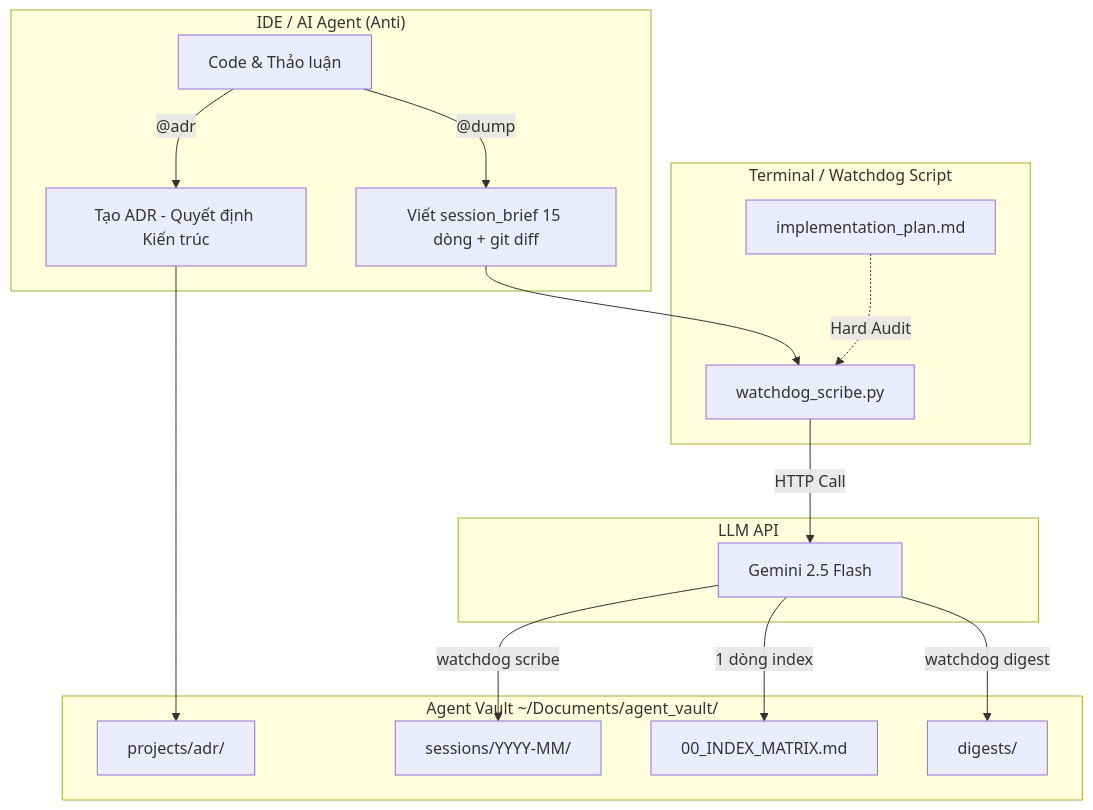
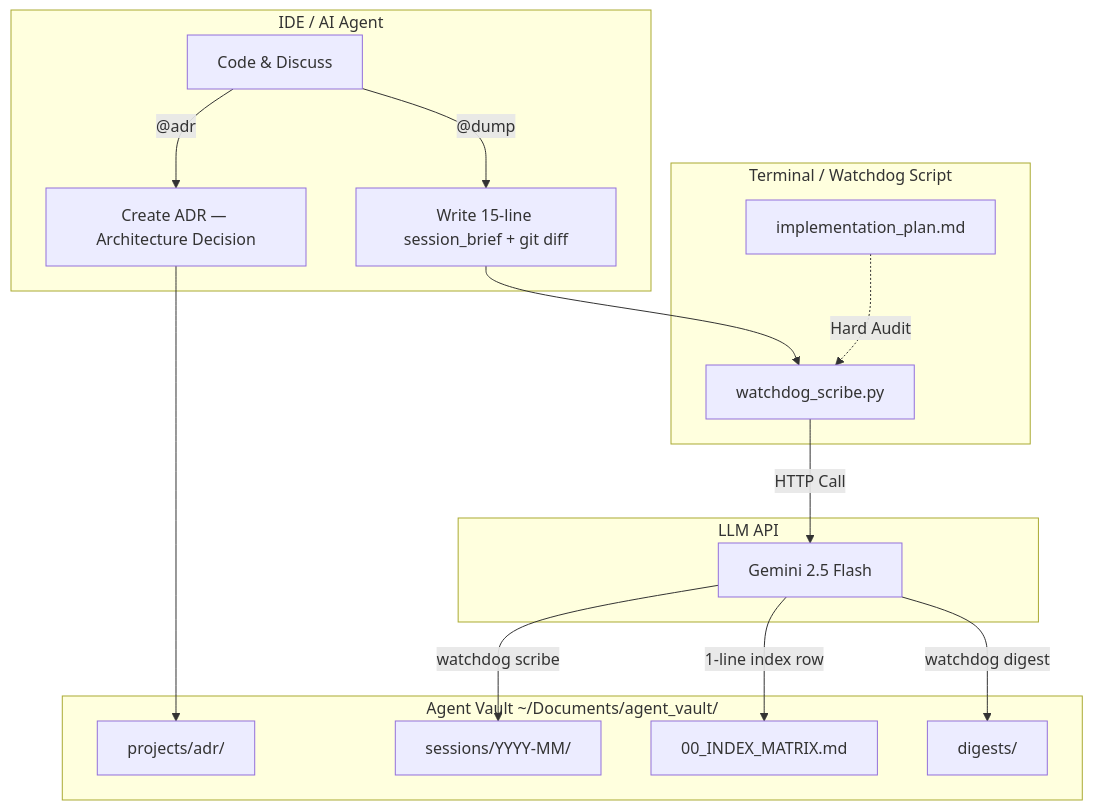
Before and after one commit to Dempty-glitch/shadow-scribe: the diagram in README.md, drawn with Mermaid. The commit also changed other lines of this file and 13 other files, not shown here.

Commit message:
docs(i18n): translate public docs to English (README, ROADMAP, GUIDE, ADRs, setup.sh)

````diff
--- a/README.md
+++ b/README.md
@@ -45,23 +50,23 @@
 ```mermaid
 graph TD
-    subgraph IDE ["IDE / AI Agent (Anti)"]
-        A["Code & Thảo luận"] -- "@adr" --> B["Tạo ADR - Quyết định Kiến trúc"]
-        A -- "@dump" --> C["Viết session_brief 15 dòng + git diff"]
+    subgraph IDE ["IDE / AI Agent"]
+        A["Code & Discuss"] -- "@adr" --> B["Create ADR — Architecture Decision"]
+        A -- "@dump" --> C["Write 15-line session_brief + git diff"]
     end
 
     subgraph OS ["Terminal / Watchdog Script"]
         C --> D["watchdog_scribe.py"]
         Plan["implementation_plan.md"] -. "Hard Audit" .-> D
     end
 
     subgraph Cloud ["LLM API"]
         D -- "HTTP Call" --> E["Gemini 2.5 Flash"]
     end
 
     subgraph Vault ["Agent Vault ~/Documents/agent_vault/"]
         B --> F["projects/adr/"]
         E -- "watchdog scribe" --> G["sessions/YYYY-MM/"]
-        E -- "1 dòng index" --> H["00_INDEX_MATRIX.md"]
+        E -- "1-line index row" --> H["00_INDEX_MATRIX.md"]
         E -- "watchdog digest" --> I["digests/"]
     end
 ```
````
